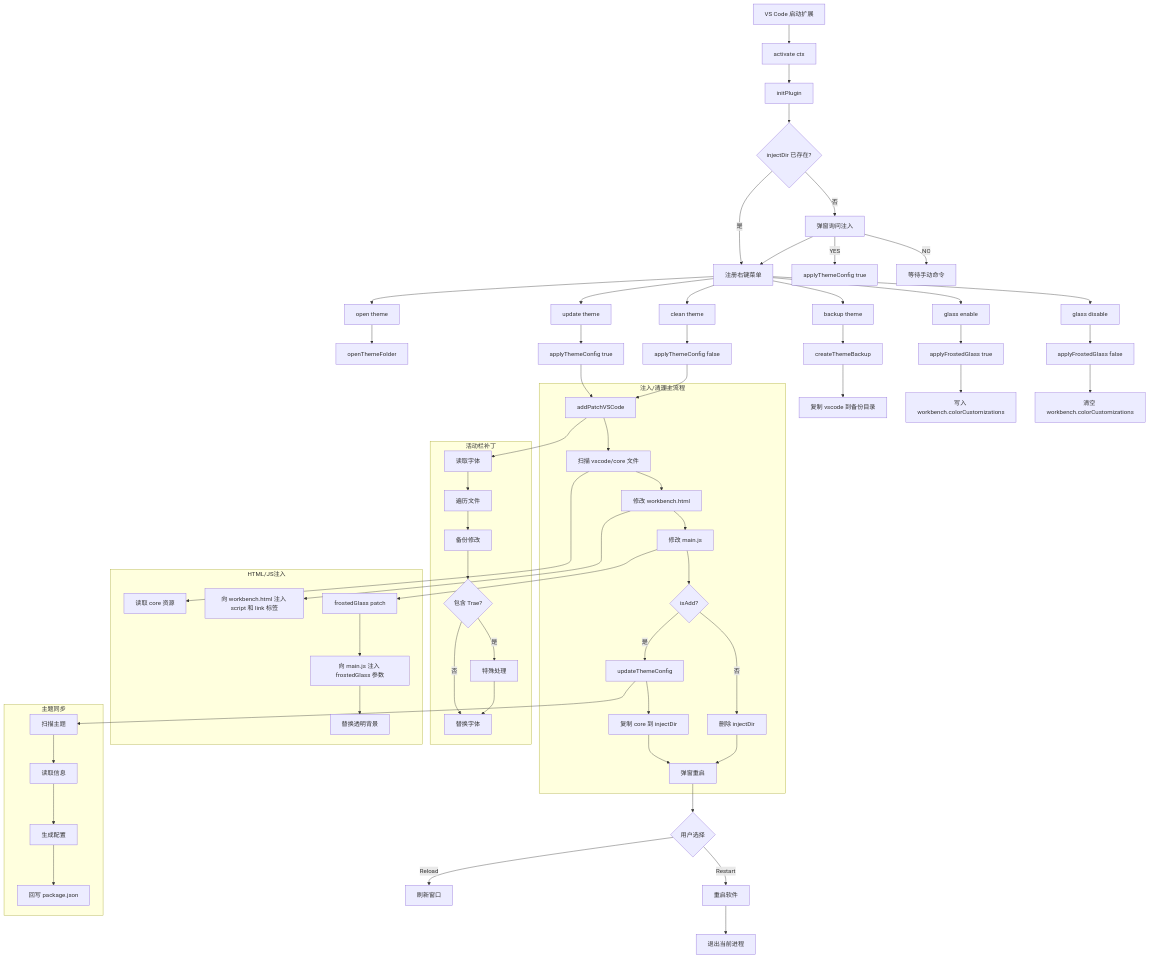
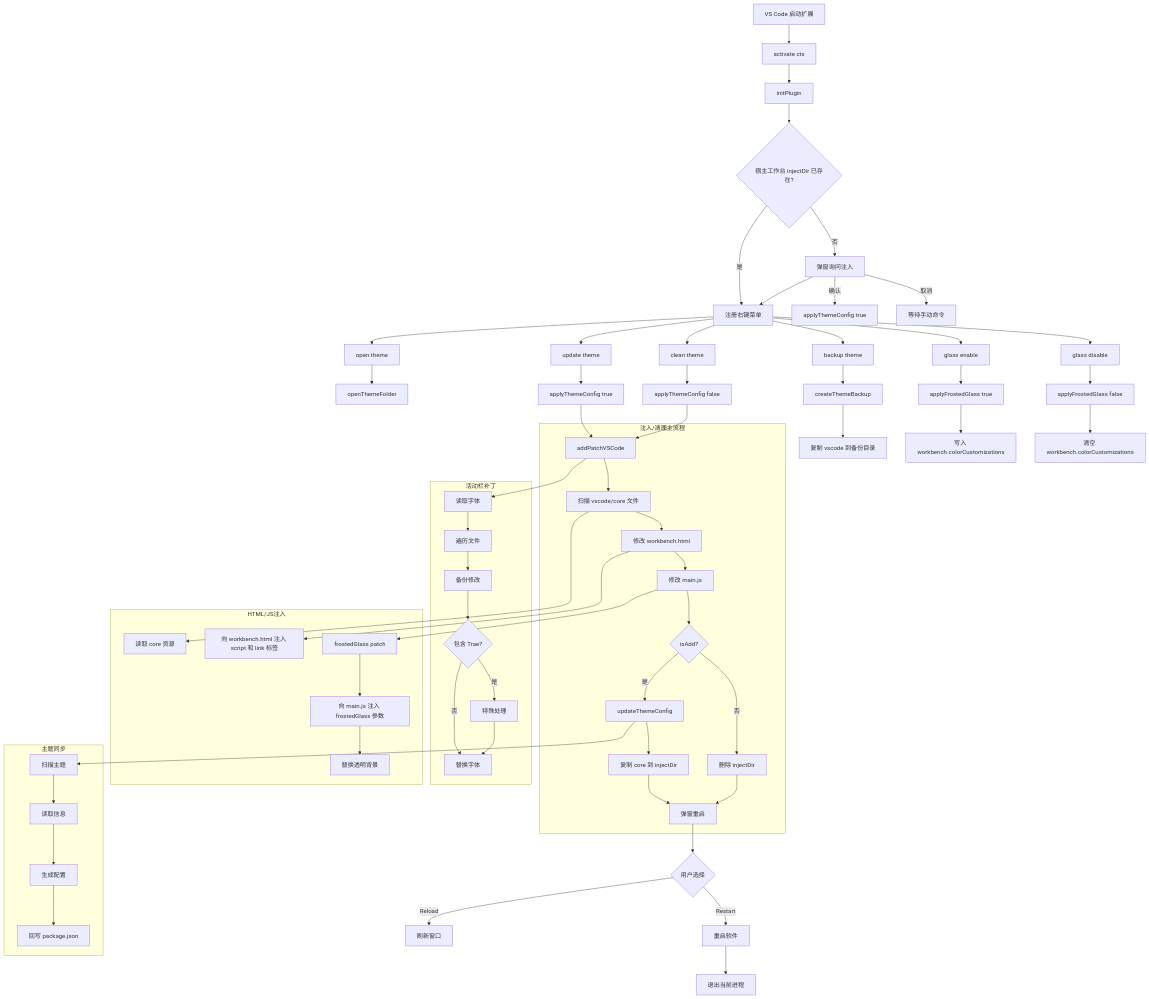
The diagram in FLOW.md (wangmings/macintosh-ui), drawn with Mermaid before and after one commit. The commit also changed other lines of this file and 2 other files, not shown here.

Commit message:
update docs and refine injection paths

```diff
--- a/FLOW.md
+++ b/FLOW.md
@@ -6,13 +6,13 @@
 flowchart TD
     A[VS Code 启动扩展] --> B[activate ctx]
     B --> C[initPlugin]
-    C --> D{injectDir 已存在?}
+    C --> D{宿主工作台 injectDir 已存在?}
 
     D -- 否 --> E[弹窗询问注入]
     D -- 是 --> H[注册右键菜单]
     E --> H
-    E -- YES --> F[applyThemeConfig true]
-    E -- NO --> G[等待手动命令]
+    E -- 确认 --> F[applyThemeConfig true]
+    E -- 取消 --> G[等待手动命令]
 
     H --> I1[open theme]
     H --> I2[update theme]
```
